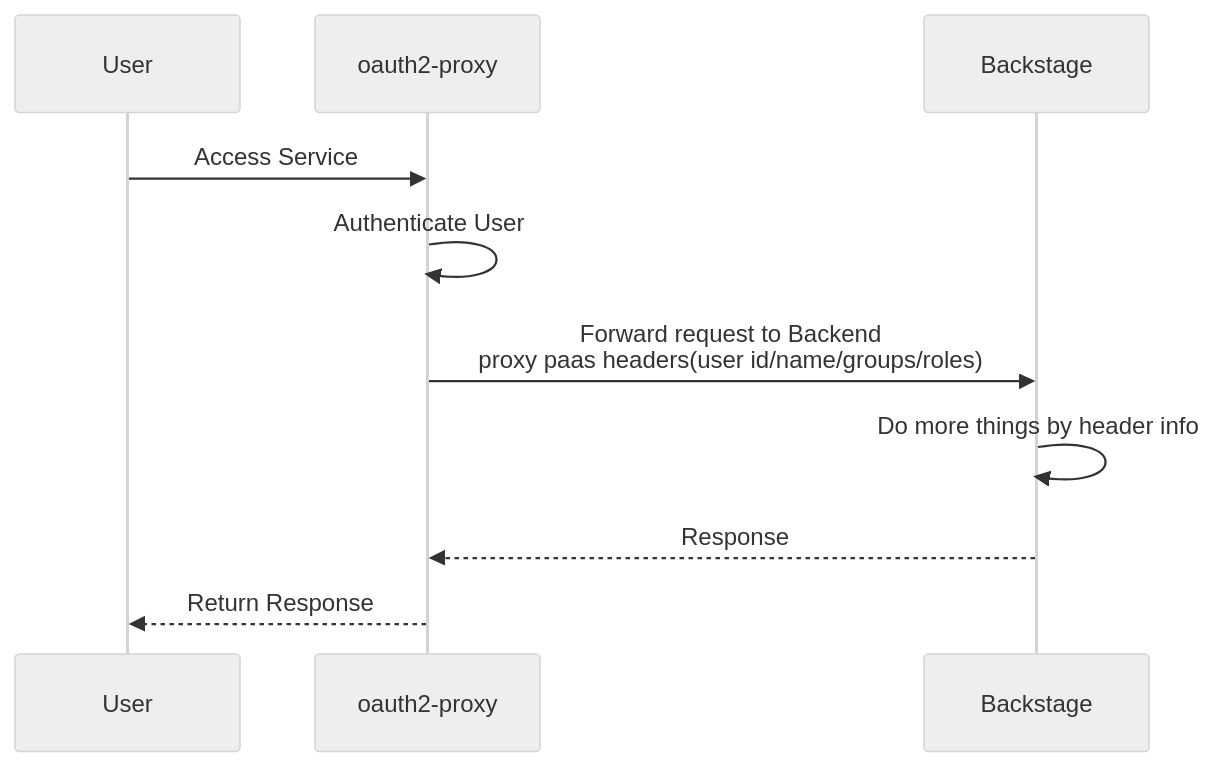
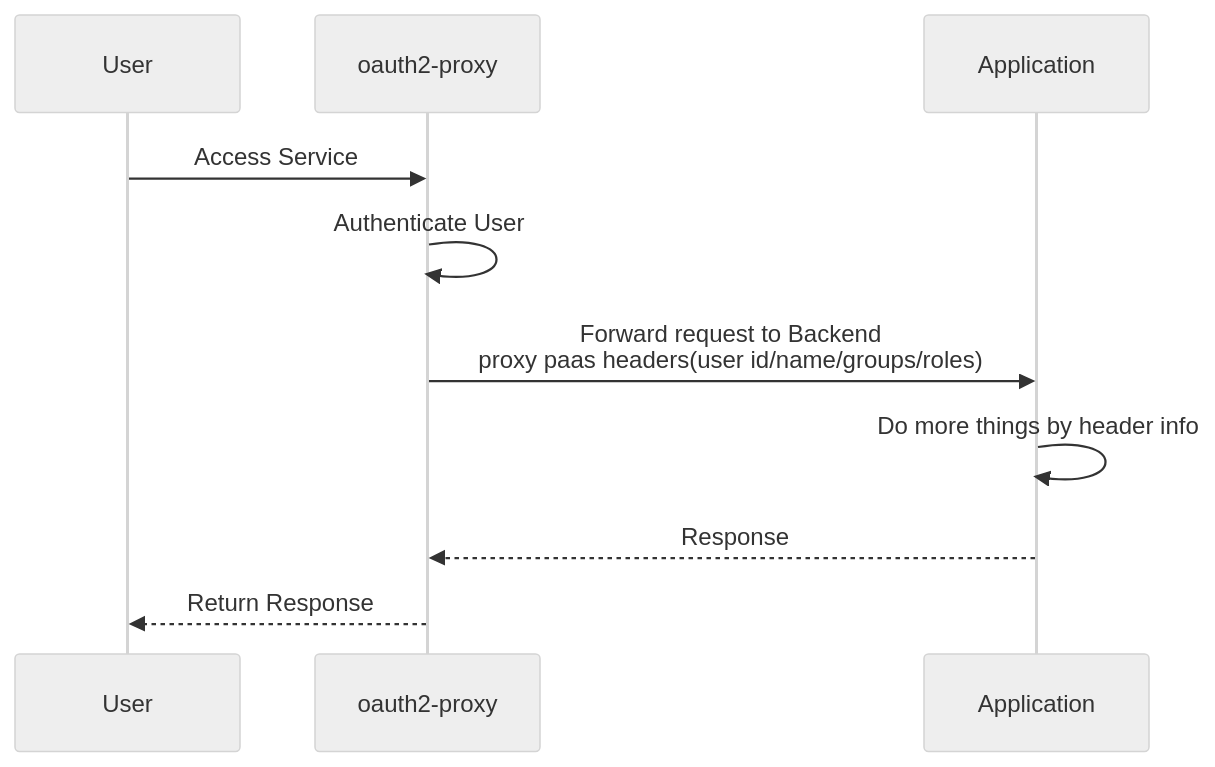
One commit to xlabs-club/xlabs-club.github.io changed the first of 2 diagrams in content/blog/traefik-oauth2-proxy-keycloak/index.md. Above: the diagram before and after it, drawn with Mermaid (neutral theme). The commit also changed other lines of this file and 1 other file, not shown here.

Commit message:
blog: update backstage with keycloak

````diff
--- a/content/blog/traefik-oauth2-proxy-keycloak/index.md
+++ b/content/blog/traefik-oauth2-proxy-keycloak/index.md
@@ -66,15 +66,15 @@
 ```mermaid
 
 sequenceDiagram
     participant User
     participant oauth2-proxy
-    participant Backstage
+    participant Application
 
     User->>oauth2-proxy: Access Service
     oauth2-proxy->>oauth2-proxy: Authenticate User
-    oauth2-proxy->>Backstage: Forward request to Backend <br> proxy paas headers(user id/name/groups/roles)
-    Backstage->>Backstage: Do more things by header info
-    Backstage-->>oauth2-proxy: Response
+    oauth2-proxy->>Application: Forward request to Backend <br> proxy paas headers(user id/name/groups/roles)
+    Application->>Application: Do more things by header info
+    Application-->>oauth2-proxy: Response
     oauth2-proxy-->>User: Return Response
 
 ```
````
